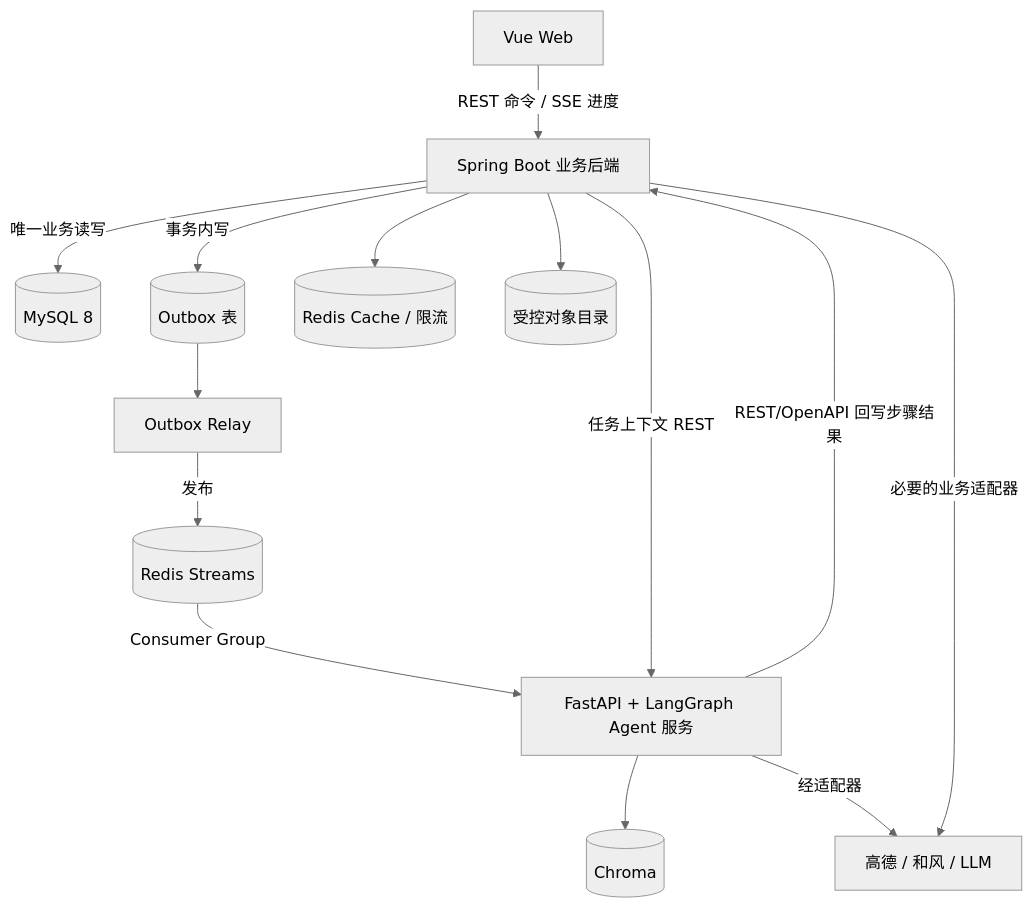
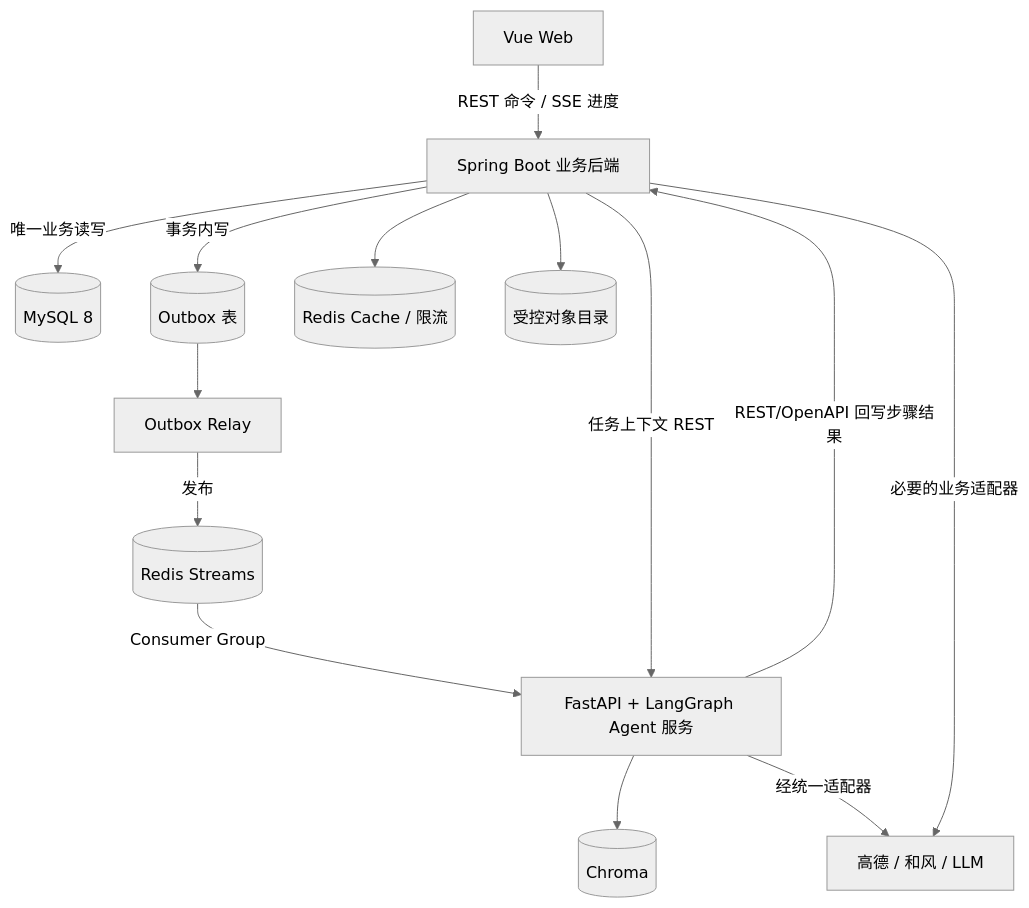
Before and after one commit to poolezzl/agent-travel-project: the second of 6 diagrams in docs/architecture/总体架构设计.md, drawn with Mermaid (neutral theme). The commit also changed other lines of this file and 4 other files, not shown here.

Commit message:
docs: record Python LLM provider boundary decision

````diff
--- a/docs/architecture/总体架构设计.md
+++ b/docs/architecture/总体架构设计.md
@@ -35,16 +35,16 @@
 ```mermaid
 flowchart TB
   Browser["Vue Web"] -->|"REST 命令 / SSE 进度"| Java["Spring Boot 业务后端"]
   Java -->|"唯一业务读写"| MySQL[("MySQL 8")]
   Java -->|"事务内写"| Outbox[("Outbox 表")]
   Relay["Outbox Relay"] -->|"发布"| Streams[("Redis Streams")]
   Outbox --> Relay
   Streams -->|"Consumer Group"| Python["FastAPI + LangGraph Agent 服务"]
   Python -->|"REST/OpenAPI 回写步骤结果"| Java
   Java -->|"任务上下文 REST"| Python
   Java --> Cache[("Redis Cache / 限流")]
   Python --> Chroma[("Chroma")]
   Java --> Objects[("受控对象目录")]
-  Python -->|"经适配器"| Providers["高德 / 和风 / LLM"]
+  Python -->|"经统一适配器"| Providers["高德 / 和风 / LLM"]
   Java -->|"必要的业务适配器"| Providers
 ```
````
